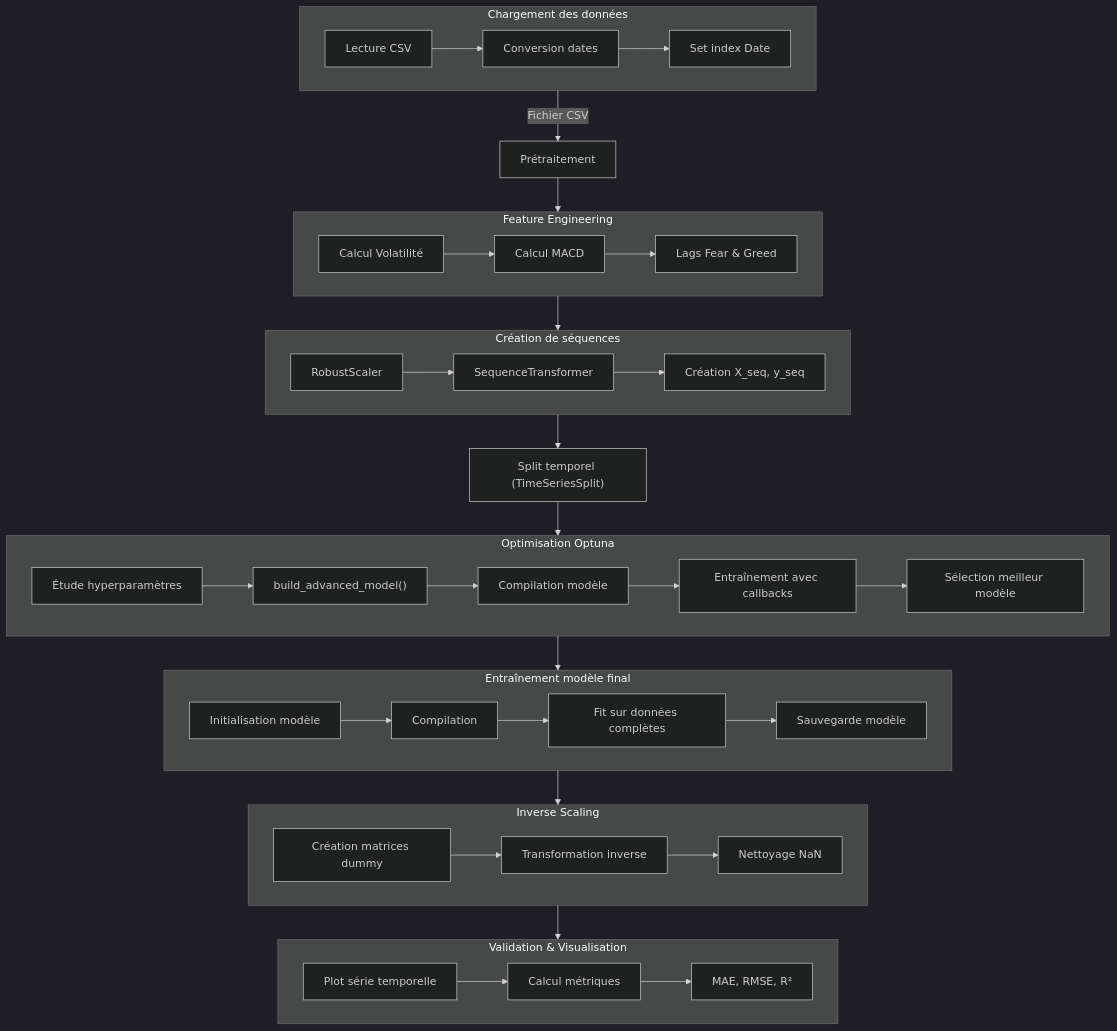
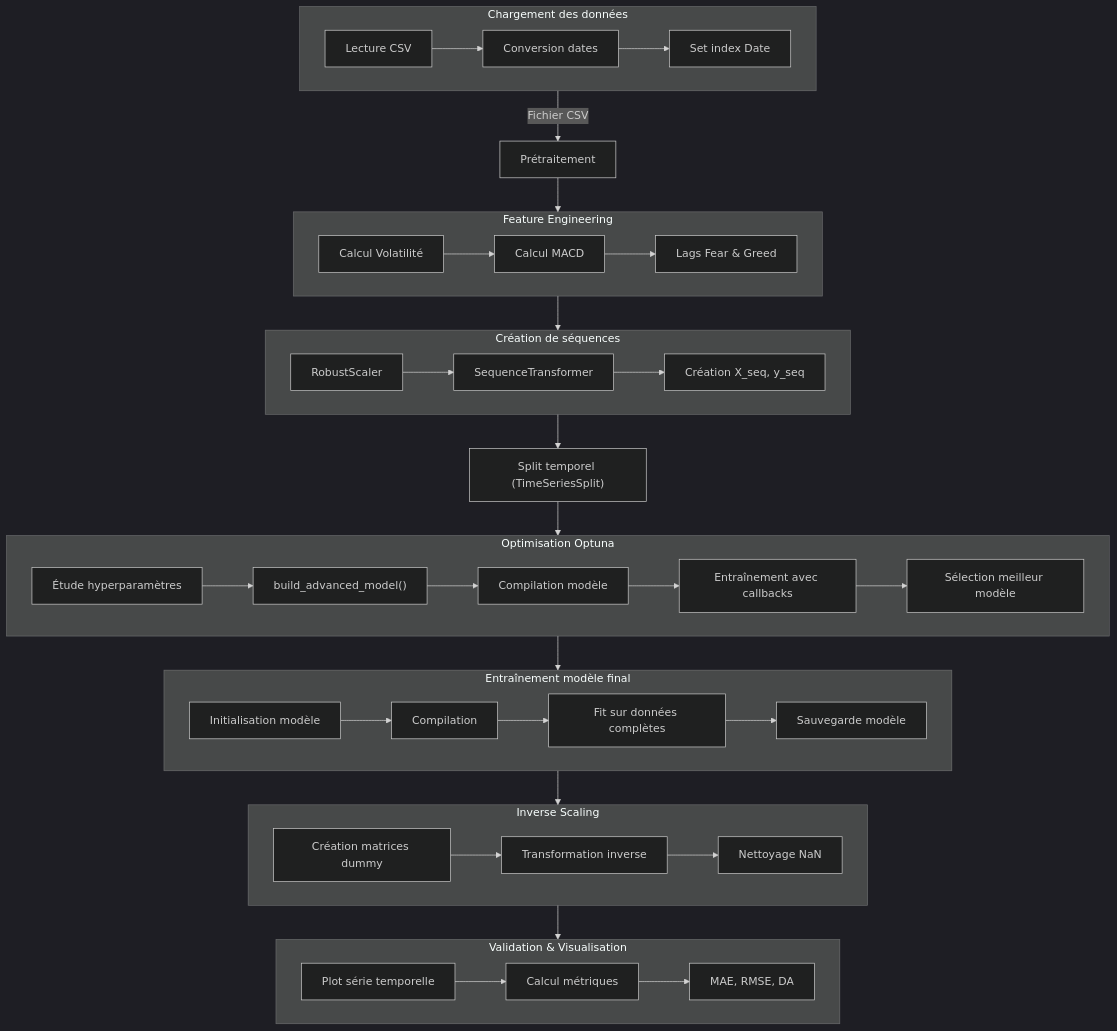
The diagram in docs/source/pipeline.rst (SouleymaneDiallo04/Forecasting-du-prix-du-Bitcoin), drawn with Mermaid (dark theme) before and after one commit.

```diff
--- a/docs/source/pipeline.rst
+++ b/docs/source/pipeline.rst
@@ -6,50 +6,50 @@
 .. mermaid::
    :align: center
    
    flowchart TD
        A[Chargement des données] -->|Fichier CSV| B[Prétraitement]
        B --> C["Feature Engineering"]
        C --> D["Création de séquences temporelles"]
        D --> E["Split temporel (TimeSeriesSplit)"]
        E --> F["Optimisation Optuna"]
        F --> G["Entraînement modèle final"]
        G --> H["Inverse Scaling"]
        H --> I["Validation & Visualisation"]
        
        subgraph A[Chargement des données]
            A1[Lecture CSV] --> A2[Conversion dates]
            A2 --> A3[Set index Date]
        end
        
        subgraph C[Feature Engineering]
            C1[Calcul Volatilité] --> C2[Calcul MACD]
            C2 --> C3[Lags Fear & Greed]
        end
        
        subgraph D[Création de séquences]
            D1[RobustScaler] --> D2[SequenceTransformer]
            D2 --> D3[Création X_seq, y_seq]
        end
        
        subgraph F[Optimisation Optuna]
            F1[Étude hyperparamètres] --> F2["build_advanced_model()"]
            F2 --> F3[Compilation modèle]
            F3 --> F4[Entraînement avec callbacks]
            F4 --> F5[Sélection meilleur modèle]
        end
        
        subgraph G[Entraînement modèle final]
            G1[Initialisation modèle] --> G2[Compilation]
            G2 --> G3[Fit sur données complètes]
            G3 --> G4[Sauvegarde modèle]
        end
        
        subgraph H[Inverse Scaling]
            H1[Création matrices dummy] --> H2[Transformation inverse]
            H2 --> H3[Nettoyage NaN]
        end
        
        subgraph I[Validation & Visualisation]
            I1[Plot série temporelle] --> I2[Calcul métriques]
-           I2 --> I3["MAE, RMSE, R²"]
+           I2 --> I3["MAE, RMSE, DA"]
        end
```
